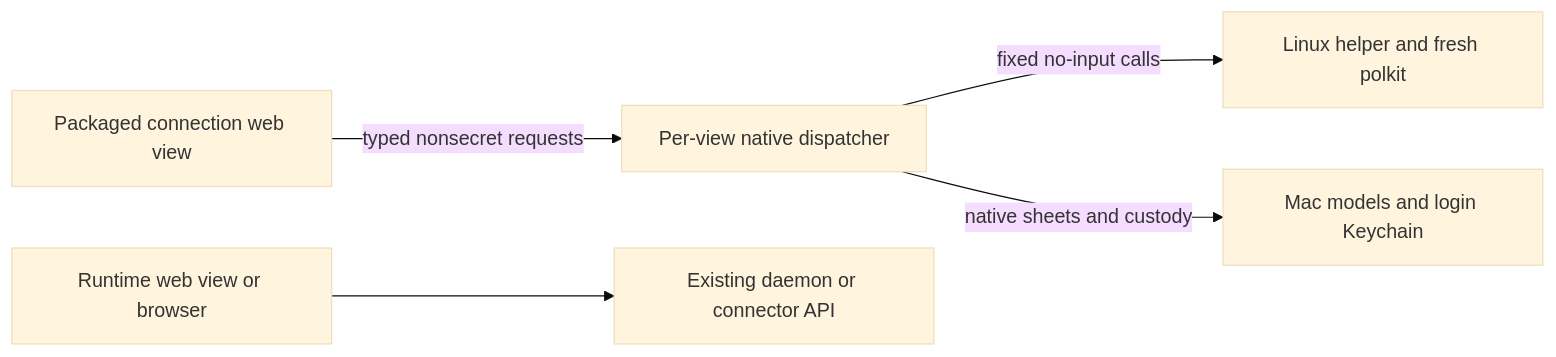
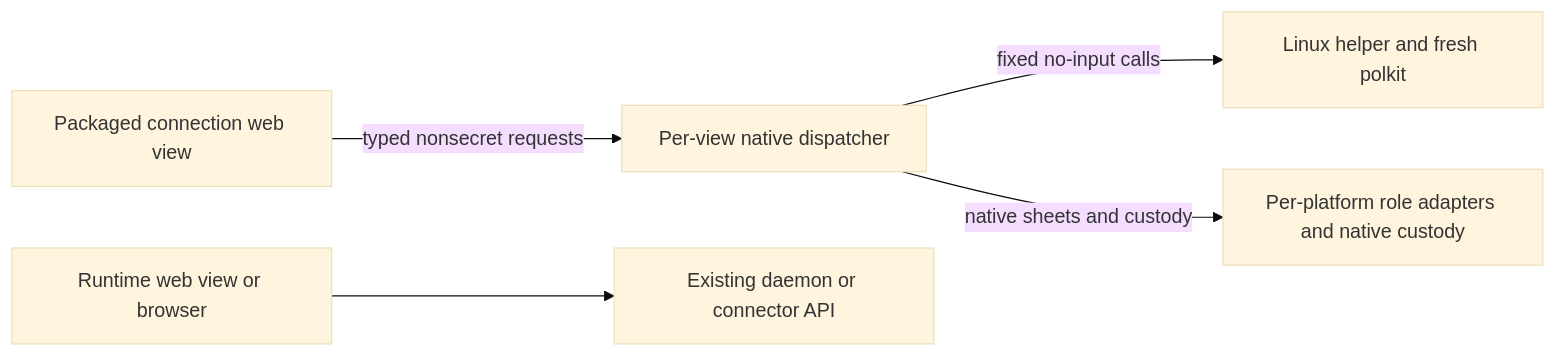
The diagram in docs/specs/2026-11-17-web-native-bridge.md (t-benze/happyranch), drawn with Mermaid (base theme) before and after one commit. The commit also changed other lines of this file, not shown here.

````diff
--- a/docs/specs/2026-11-17-web-native-bridge.md
+++ b/docs/specs/2026-11-17-web-native-bridge.md
@@ -66,7 +85,7 @@
 ```mermaid
 flowchart LR
   C[Packaged connection web view] -->|typed nonsecret requests| B[Per-view native dispatcher]
   B -->|fixed no-input calls| H[Linux helper and fresh polkit]
-  B -->|native sheets and custody| M[Mac models and login Keychain]
+  B -->|native sheets and custody| M[Per-platform role adapters and native custody]
   R[Runtime web view or browser] --> P[Existing daemon or connector API]
 ```
````
